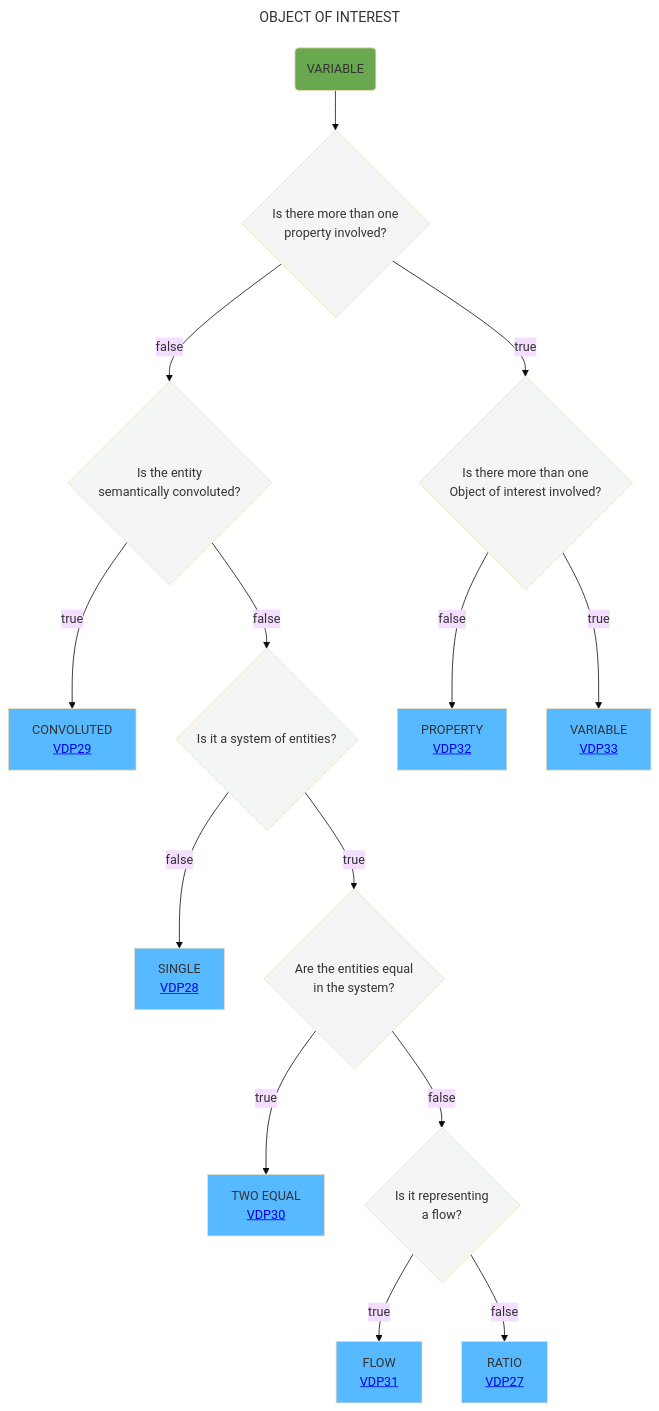
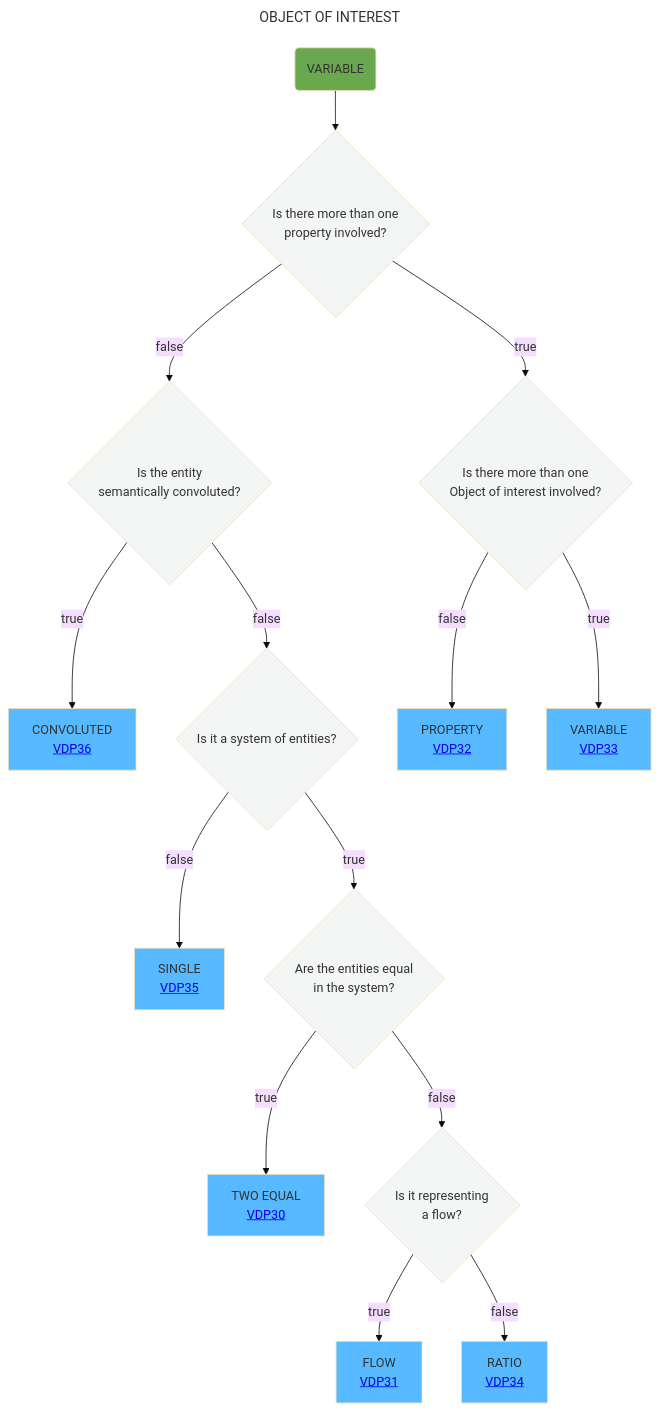
One commit to mabablue/I-ADOPT-patterns-playground changed the diagram in Decisition_trees/DT5.mmd. Above: the diagram before and after it, drawn with Mermaid (base theme).

```diff
--- a/Decisition_trees/DT5.mmd
+++ b/Decisition_trees/DT5.mmd
@@ -1,21 +1,21 @@
 ---
 title: OBJECT OF INTEREST
 ---
 flowchart TD
     A(VARIABLE):::green --> AB{Is there more than one <br> property involved?}:::white
     AB --> |false|B{Is the entity <br> semantically convoluted?}:::white
     AB --> |true|O{Is there more than one <br> Object of interest involved?}:::white
-    B --> |true|C[CONVOLUTED <br> <a href='https://github.com/mabablue/I-ADOPT-patterns-playground/blob/main/pattern/VDP29.yaml'>VDP29</a>]:::satblue
+    B --> |true|C[CONVOLUTED <br> <a href='https://github.com/mabablue/I-ADOPT-patterns-playground/blob/main/pattern/VDP36.yaml'>VDP36</a>]:::satblue
     B --> |false|D{Is it a system of entities?}:::white
-    D --> |false|E[SINGLE <br> <a href='https://github.com/mabablue/I-ADOPT-patterns-playground/blob/main/pattern/VDP28.yaml'>VDP28</a>]:::satblue
+    D --> |false|E[SINGLE <br> <a href='https://github.com/mabablue/I-ADOPT-patterns-playground/blob/main/pattern/VDP35.yaml'>VDP35</a>]:::satblue
     D --> |true|F{Are the entities equal <br> in the system?}:::white
     F --> |true|G[TWO EQUAL <br> <a href='https://github.com/mabablue/I-ADOPT-patterns-playground/blob/main/pattern/VDP30.yaml'>VDP30</a>]:::satblue
     F --> |false|H{Is it representing <br> a flow?}:::white
     H --> |true|I[FLOW <br> <a href='https://github.com/mabablue/I-ADOPT-patterns-playground/blob/main/pattern/VDP31.yaml'>VDP31</a>]:::satblue
-    H --> |false|J[RATIO <br> <a href='https://github.com/mabablue/I-ADOPT-patterns-playground/blob/main/pattern/VDP27.yaml'>VDP27</a>]:::satblue
+    H --> |false|J[RATIO <br> <a href='https://github.com/mabablue/I-ADOPT-patterns-playground/blob/main/pattern/VDP34.yaml'>VDP34</a>]:::satblue
     O --> |false|Q[PROPERTY <br> <a href='https://github.com/mabablue/I-ADOPT-patterns-playground/blob/main/pattern/VDP32.yaml'>VDP32</a>]:::satblue
     O --> |true|R[VARIABLE <br> <a href='https://github.com/mabablue/I-ADOPT-patterns-playground/blob/main/pattern/VDP33.yaml'>VDP33</a>]:::satblue
    classDef blue fill:#90D5FF
    classDef satblue fill:#57B9FF 
    classDef white fill:#f3f6f4
    classDef green fill:#6aa84f
```
